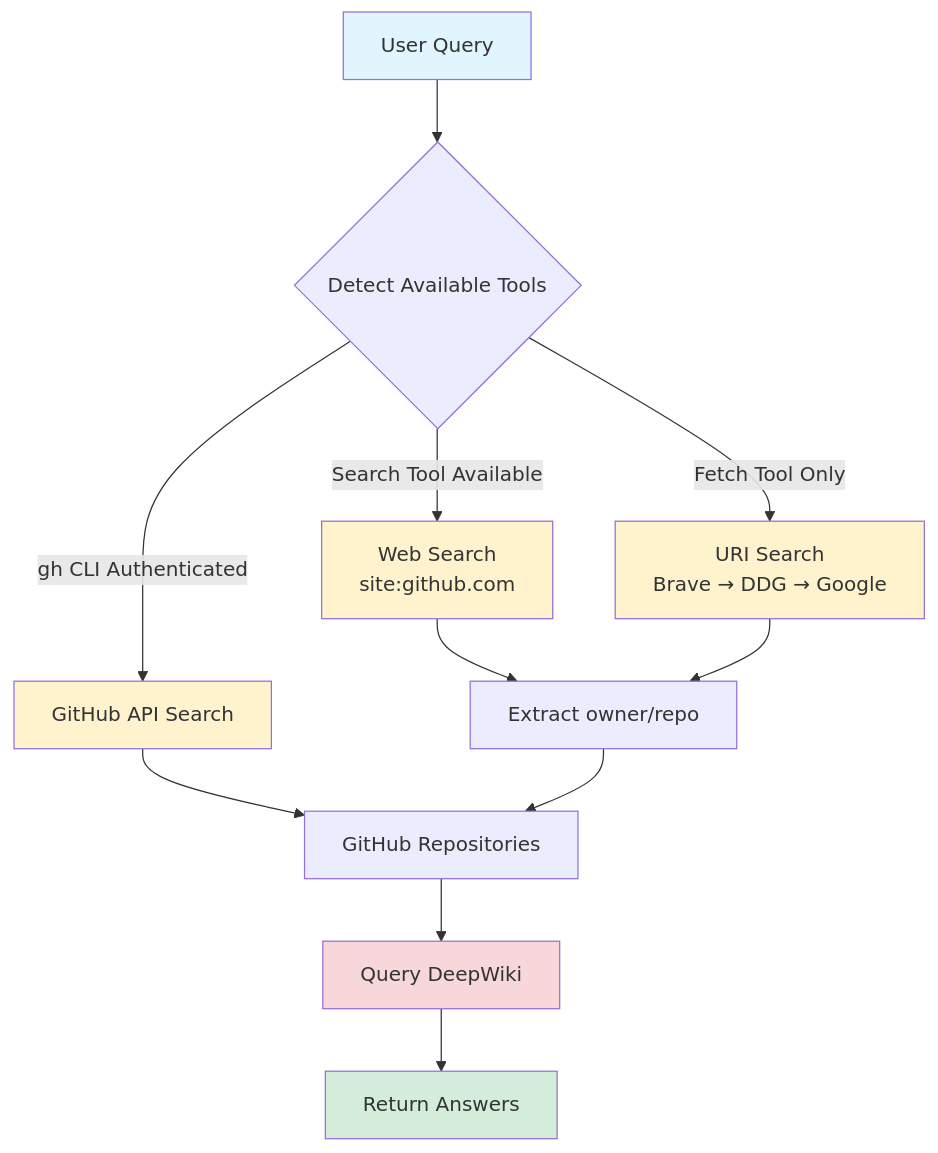
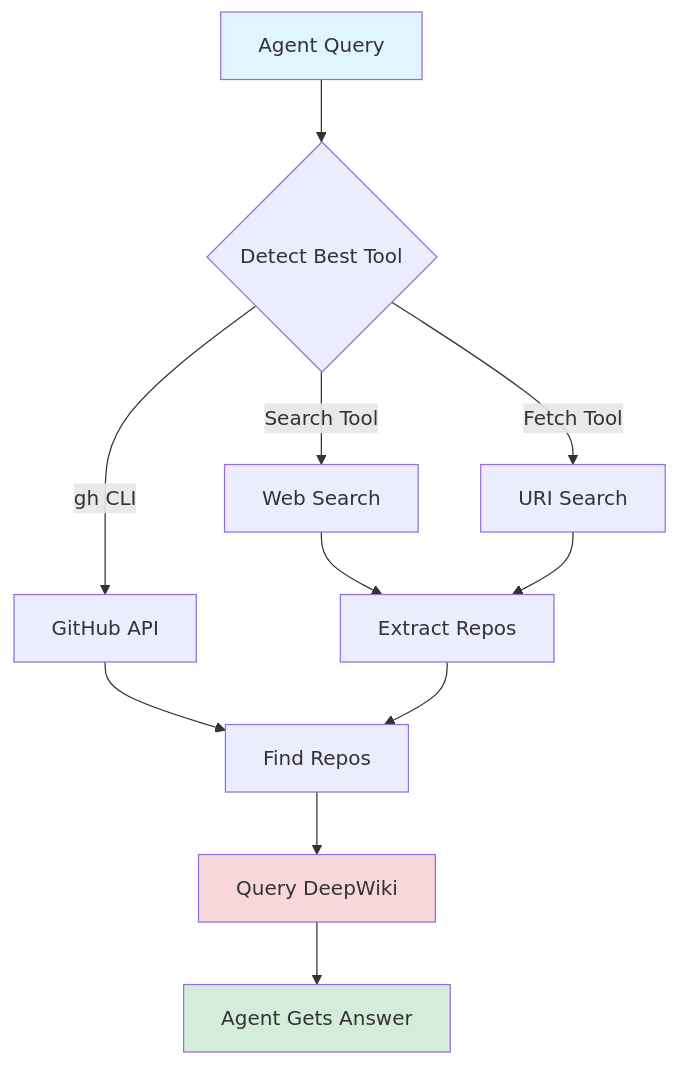
One commit to Expert-Vision-Software/opencode-intellisearch changed the diagram in README.md. Above: the diagram before and after it, drawn with Mermaid. The commit also changed other lines of this file, not shown here.

Commit message:
update for marketability & user understanding

````diff
--- a/README.md
+++ b/README.md
@@ -97,23 +183,20 @@
 ```mermaid
 flowchart TD
-    A[User Query] --> B{Detect Available Tools}
+    A[Agent Query] --> B{Detect Best Tool}
     
-    B -->|gh CLI Authenticated| C[GitHub API Search]
-    B -->|Search Tool Available| D[Web Search<br/>site:github.com]
-    B -->|Fetch Tool Only| E[URI Search<br/>Brave → DDG → Google]
+    B -->|gh CLI| C[GitHub API]
+    B -->|Search Tool| D[Web Search]
+    B -->|Fetch Tool| E[URI Search]
     
-    C --> F[GitHub Repositories]
-    D --> G[Extract owner/repo]
+    C --> F[Find Repos]
+    D --> G[Extract Repos]
     E --> G
     
     G --> F
     F --> H[Query DeepWiki]
-    H --> I[Return Answers]
+    H --> I[Agent Gets Answer]
     
     style A fill:#e1f5ff
     style I fill:#d4edda
-    style C fill:#fff3cd
-    style D fill:#fff3cd
-    style E fill:#fff3cd
     style H fill:#f8d7da
 ```
````
